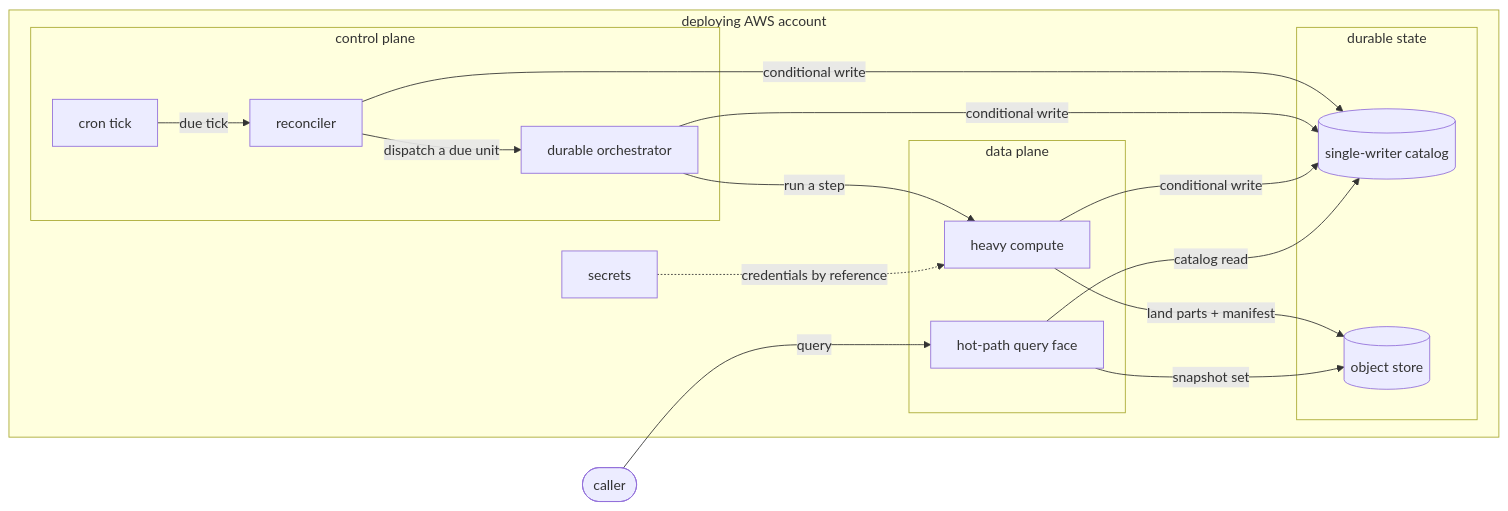
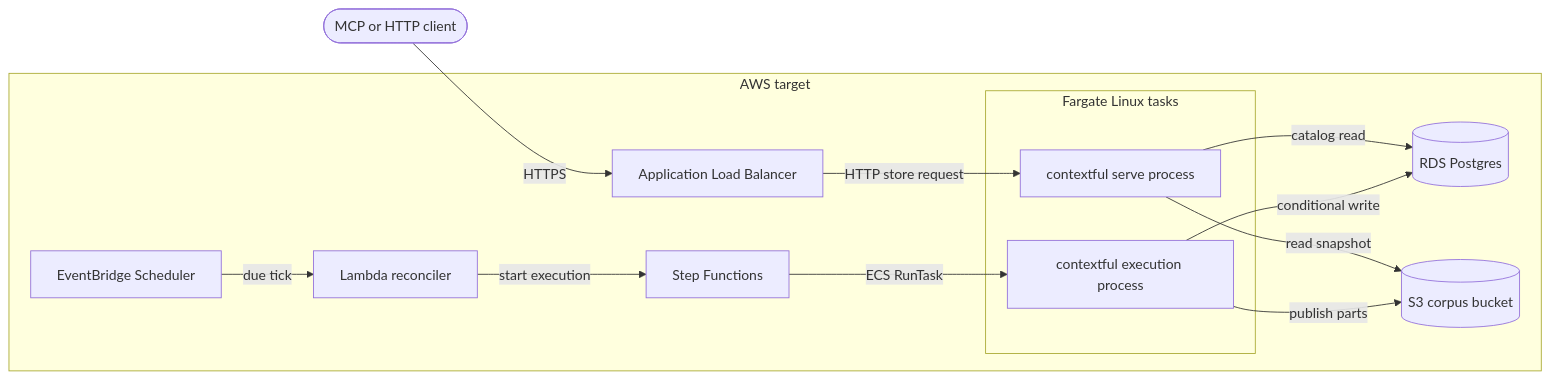
Before and after one commit to fractalboxdev/contextful: the first of 3 diagrams in spec/targets.md, drawn with Mermaid. The commit also changed other lines of this file and 16 other files, not shown here.

````diff
--- a/spec/targets.md
+++ b/spec/targets.md
@@ -27,26 +29,25 @@
 ```mermaid
 flowchart LR
-  CALLER(["caller"])
-  subgraph ACCOUNT["deploying AWS account"]
-    subgraph CONTROL["control plane"]
-      TICK["cron tick"]
-      REC["reconciler"]
-      ORCH["durable orchestrator"]
+  CALLER(["MCP or HTTP client"]):::muted
+  subgraph ACCOUNT["AWS target"]
+    TICK["EventBridge Scheduler"]:::accent
+    REC["Lambda reconciler"]:::accent
+    ORCH["Step Functions"]:::accent
+    ALB["Application Load Balancer"]:::accent
+    subgraph TASK["Fargate Linux tasks"]
+      QUERY["contextful serve process"]:::accent
+      RUN["contextful execution process"]:::accent
     end
-    subgraph DATA["data plane"]
-      COMP["heavy compute"]
-      QF["hot-path query face"]
-    end
-    subgraph STATE["durable state"]
-      CAT[("single-writer catalog")]
-      OBJ[("object store")]
-    end
-    SEC["secrets"]
+    CAT[("RDS Postgres")]:::store
+    OBJ[("S3 corpus bucket")]:::store
   end
-  TICK -- "due tick" --> REC -- "dispatch a due unit" --> ORCH -- "run a step" --> COMP
-  COMP -- "land parts + manifest" --> OBJ
-  REC & ORCH & COMP -- "conditional write" --> CAT
-  CALLER -- "query" --> QF -- "snapshot set" --> OBJ
-  QF -- "catalog read" --> CAT
-  SEC -. "credentials by reference" .-> COMP
+  TICK -- "due tick" --> REC
+  REC -- "start execution" --> ORCH
+  ORCH -- "ECS RunTask" --> RUN
+  CALLER -- "HTTPS" --> ALB
+  ALB -- "HTTP store request" --> QUERY
+  QUERY -- "read snapshot" --> OBJ
+  QUERY -- "catalog read" --> CAT
+  RUN -- "conditional write" --> CAT
+  RUN -- "publish parts" --> OBJ
 ```
````
